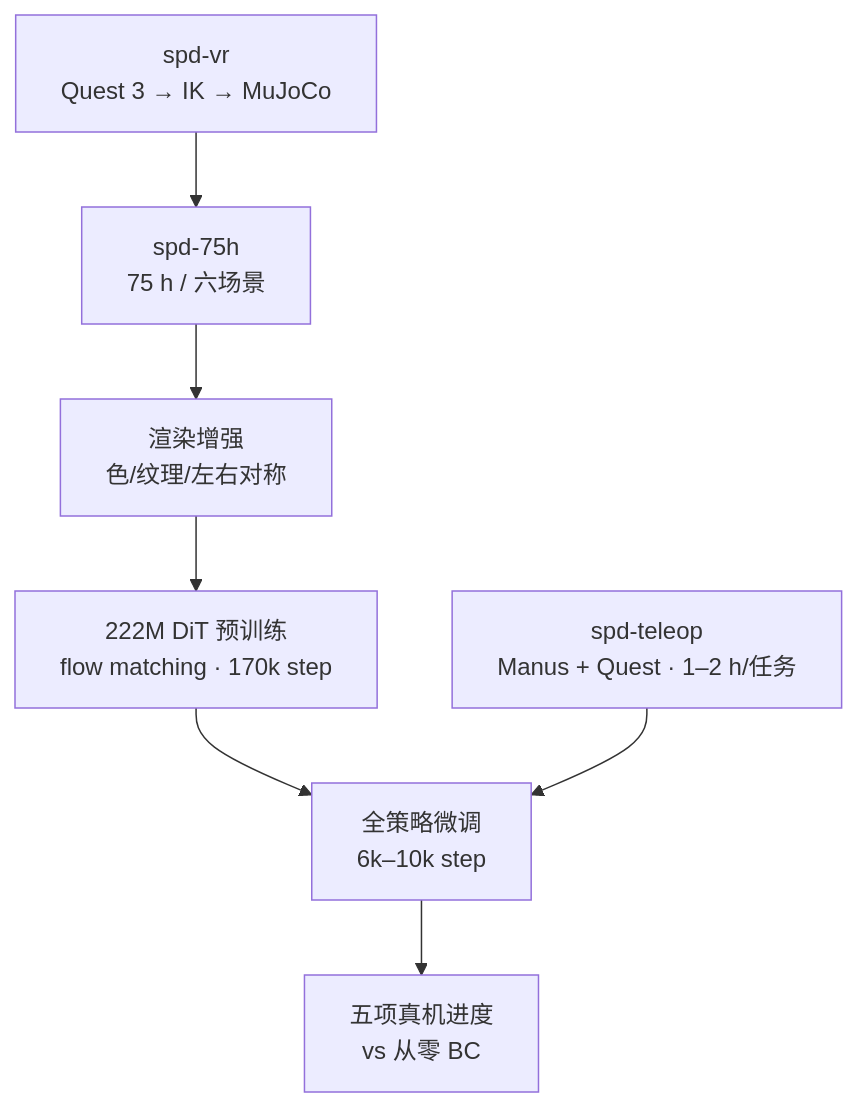
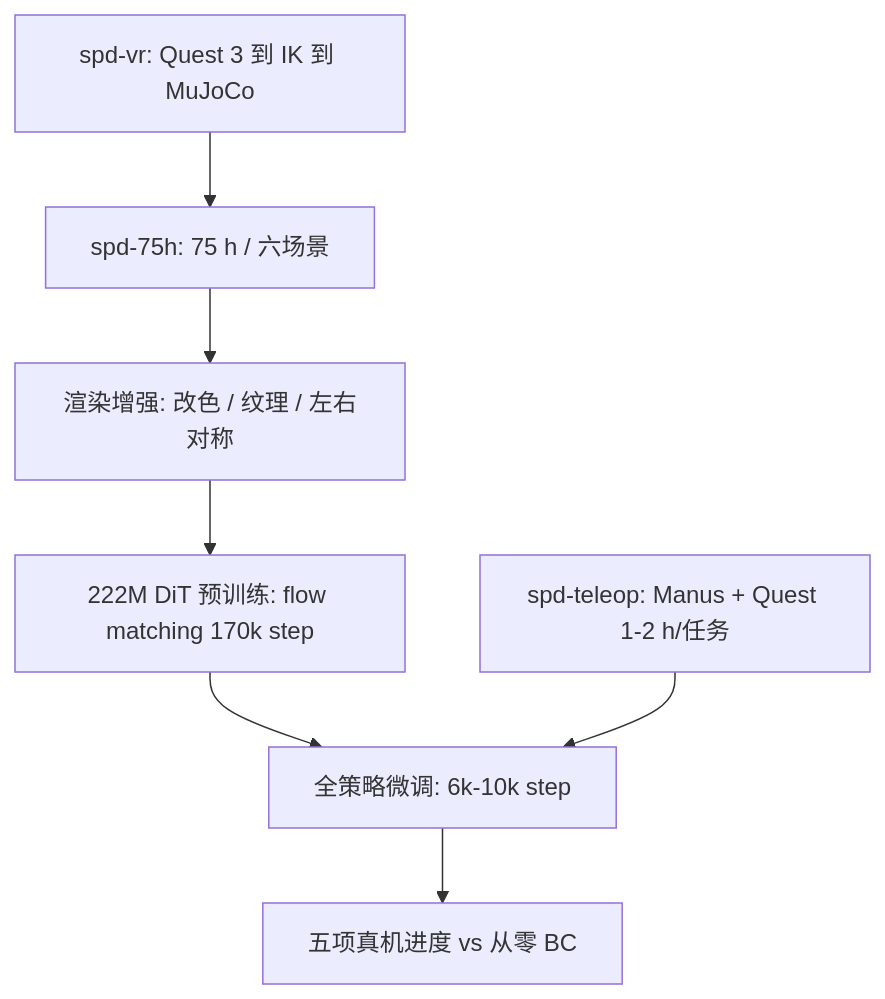
Before and after one commit to ImChong/Robotics_Notebooks: the diagram in wiki/entities/paper-spd.md, drawn with Mermaid. The commit also changed other lines of this file and 73 other files, not shown here.

````diff
--- a/wiki/entities/paper-spd.md
+++ b/wiki/entities/paper-spd.md
@@ -97,12 +103,12 @@
 ```mermaid
 flowchart TB
-  vr["spd-vr\nQuest 3 → IK → MuJoCo"]
-  data["spd-75h\n75 h / 六场景"]
-  aug["渲染增强\n色/纹理/左右对称"]
-  pre["222M DiT 预训练\nflow matching · 170k step"]
-  real["spd-teleop\nManus + Quest · 1–2 h/任务"]
-  ft["全策略微调\n6k–10k step"]
-  eval["五项真机进度\nvs 从零 BC"]
+  vr["spd-vr: Quest 3 到 IK 到 MuJoCo"]
+  data["spd-75h: 75 h / 六场景"]
+  aug["渲染增强: 改色 / 纹理 / 左右对称"]
+  pre["222M DiT 预训练: flow matching 170k step"]
+  real["spd-teleop: Manus + Quest 1-2 h/任务"]
+  ft["全策略微调: 6k-10k step"]
+  eval["五项真机进度 vs 从零 BC"]
   vr --> data --> aug --> pre --> ft
   real --> ft --> eval
 ```
````
